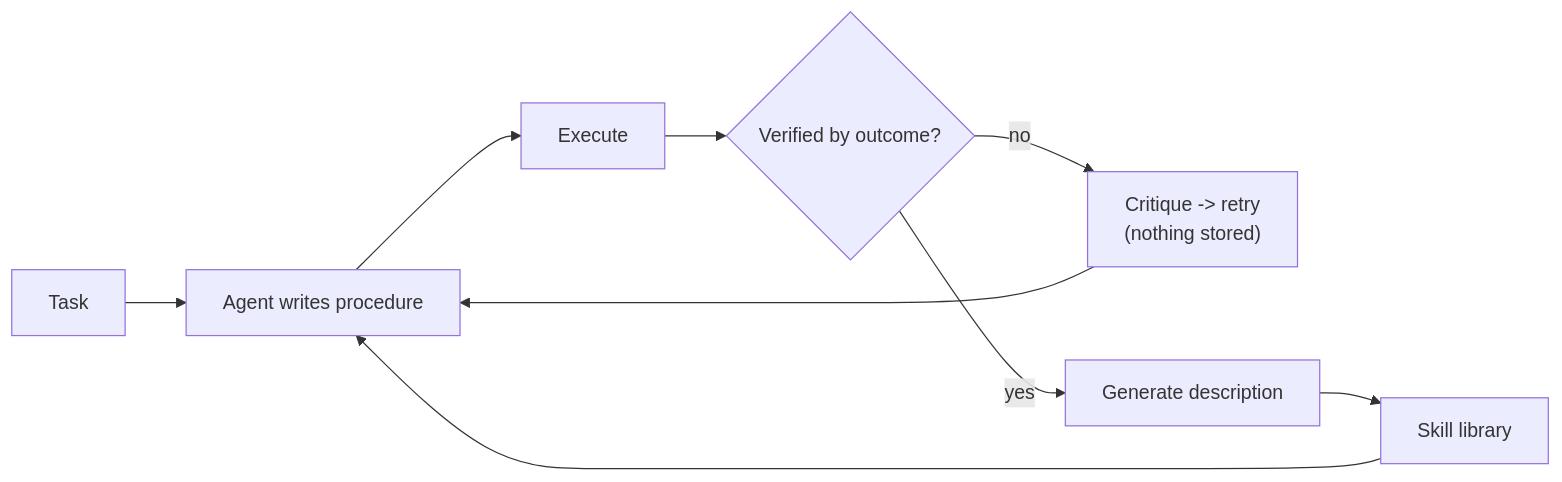
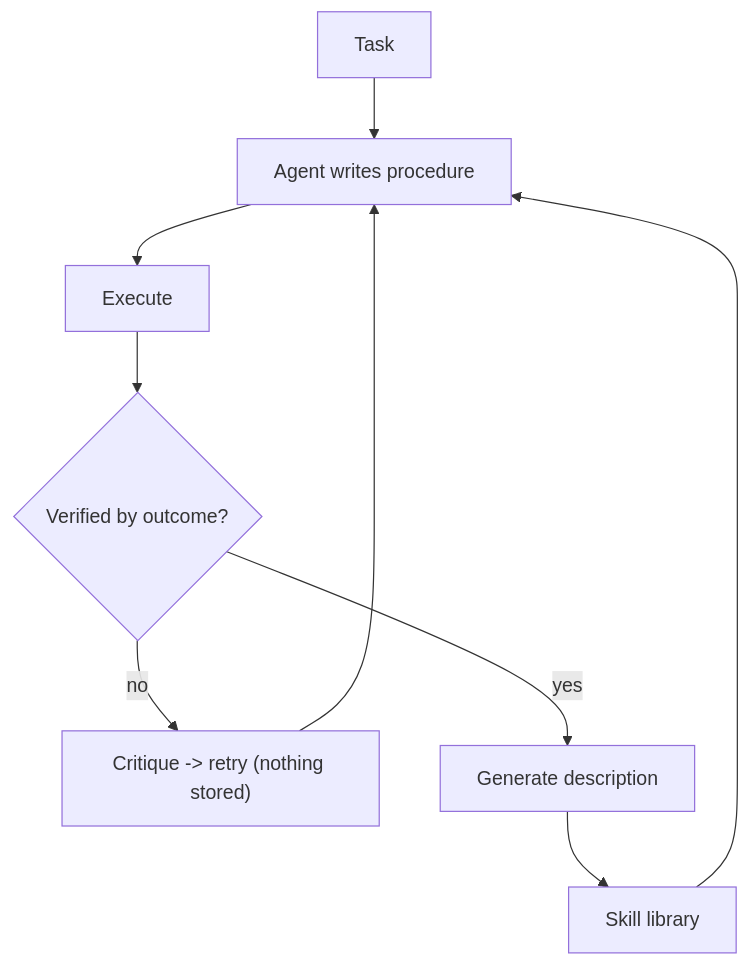
The diagram in content/patterns/skills-as-procedural-memory.md (neoneye/agent-memory-atlas), drawn with Mermaid before and after one commit. The commit also changed 21 other files, not shown here.

````diff
--- a/content/patterns/skills-as-procedural-memory.md
+++ b/content/patterns/skills-as-procedural-memory.md
@@ -36,11 +36,11 @@
 ```mermaid
-flowchart LR
+flowchart TD
     T["Task"] --> Gen["Agent writes procedure"]
     Lib["Skill library"] --> Gen
     Gen --> Exec["Execute"]
     Exec --> Ver{"Verified by outcome?"}
-    Ver -- "no" --> Crit["Critique -> retry<br/>(nothing stored)"]
+    Ver -- "no" --> Crit["Critique -> retry (nothing stored)"]
     Crit --> Gen
     Ver -- "yes" --> Desc["Generate description"]
     Desc --> Lib
 ```
````
